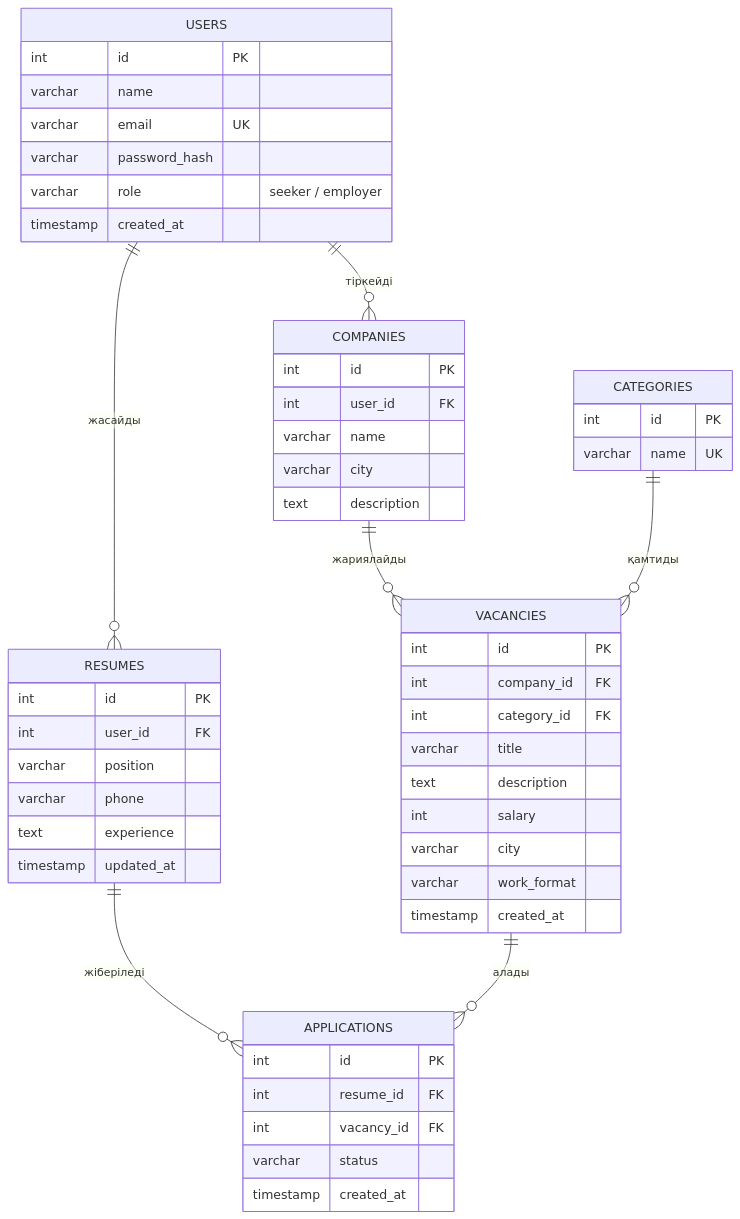
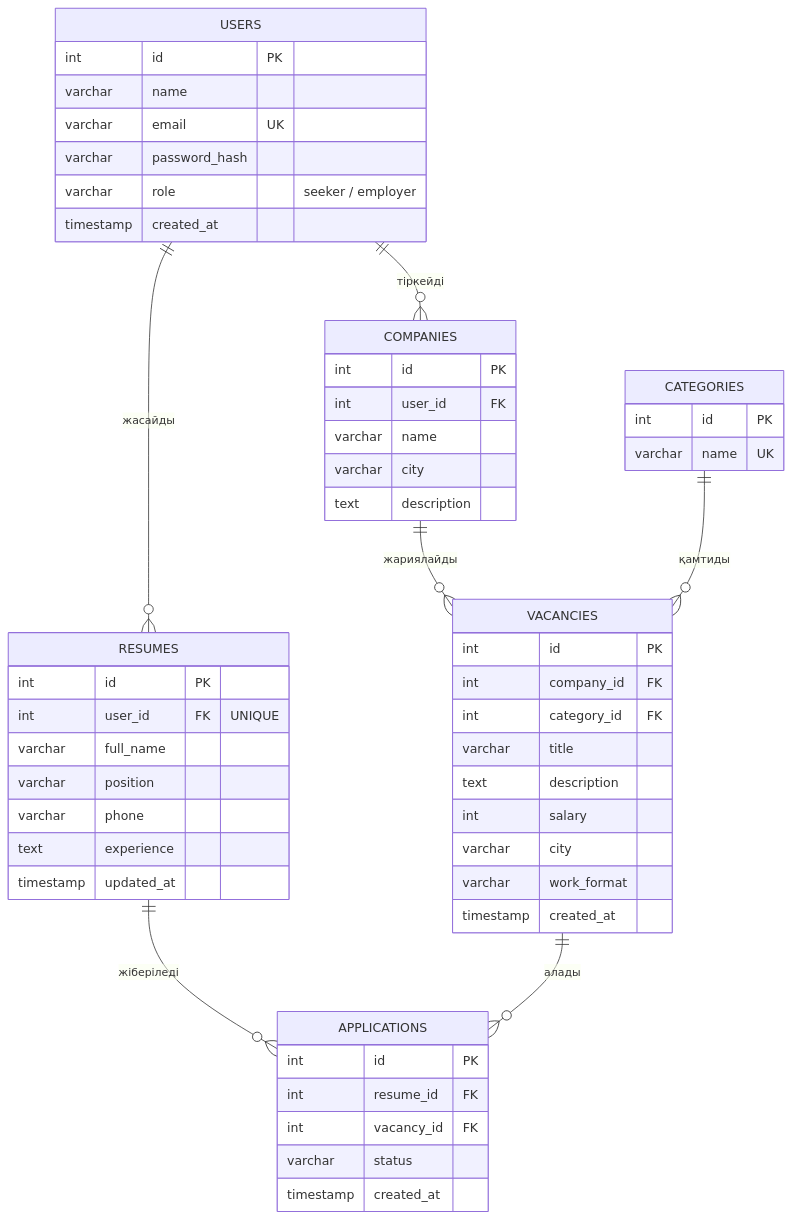
The diagram in README.md (kenesovazhanel806-oss/jumyshub), drawn with Mermaid before and after one commit. The commit also changed other lines of this file and 5 other files, not shown here.

````diff
--- a/README.md
+++ b/README.md
@@ -52,55 +54,56 @@
 ```mermaid
 erDiagram
 USERS {
 int id PK
 varchar name
 varchar email UK
 varchar password_hash
 varchar role "seeker / employer"
 timestamp created_at
 }
 COMPANIES {
 int id PK
 int user_id FK
 varchar name
 varchar city
 text description
 }
 CATEGORIES {
 int id PK
 varchar name UK
 }
 VACANCIES {
 int id PK
 int company_id FK
 int category_id FK
 varchar title
 text description
 int salary
 varchar city
 varchar work_format
 timestamp created_at
 }
 RESUMES {
 int id PK
-int user_id FK
+int user_id FK "UNIQUE"
+varchar full_name
 varchar position
 varchar phone
 text experience
 timestamp updated_at
 }
 APPLICATIONS {
 int id PK
 int resume_id FK
 int vacancy_id FK
 varchar status
 timestamp created_at
 }
 
 USERS ||--o{ COMPANIES : "тіркейді"
 USERS ||--o{ RESUMES : "жасайды"
 COMPANIES ||--o{ VACANCIES : "жариялайды"
 CATEGORIES ||--o{ VACANCIES : "қамтиды"
 RESUMES ||--o{ APPLICATIONS : "жіберіледі"
 VACANCIES ||--o{ APPLICATIONS : "алады"
 ```
````
